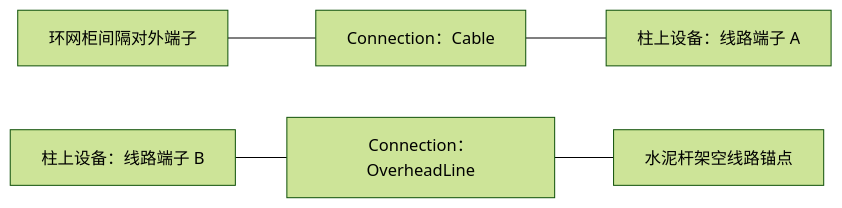
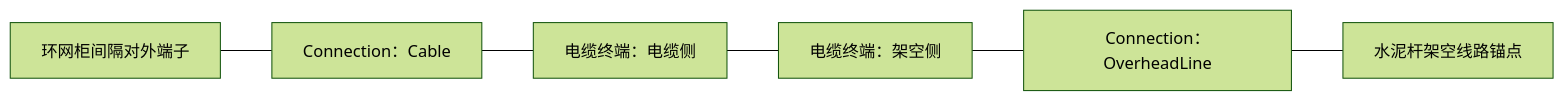
Before and after one commit to DamoclesJ/10kV-Distribution-Drawing: the second of 2 diagrams in docs/equipment-model.md, drawn with Mermaid (forest theme). The commit also changed other lines of this file and 5 other files, not shown here.

````diff
--- a/docs/equipment-model.md
+++ b/docs/equipment-model.md
@@ -435,14 +514,15 @@
 ```mermaid
 flowchart LR
     BAY["环网柜间隔对外端子"]
     CABLE["Connection：Cable"]
-    PSW1["柱上设备：线路端子 A"]
-    PSW2["柱上设备：线路端子 B"]
+    CT1["电缆终端：电缆侧"]
+    CT2["电缆终端：架空侧"]
     OHL["Connection：OverheadLine"]
     ANCHOR["水泥杆架空线路锚点"]
 
     BAY --- CABLE
-    CABLE --- PSW1
-    PSW2 --- OHL
+    CABLE --- CT1
+    CT1 --- CT2
+    CT2 --- OHL
     OHL --- ANCHOR
 ```
````
